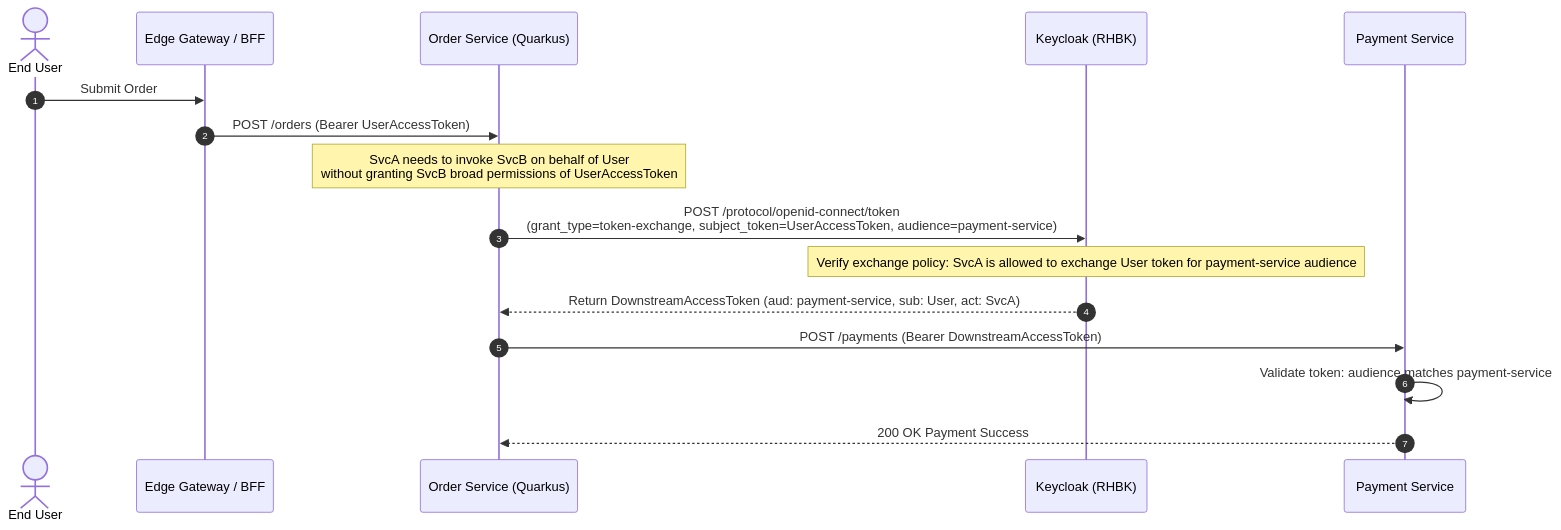
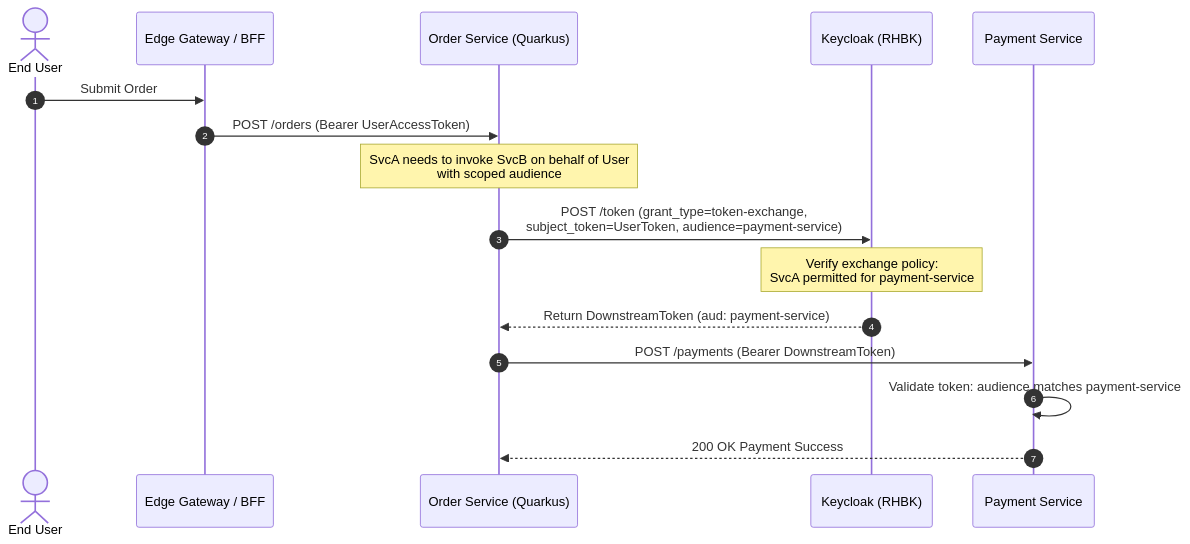
Before and after one commit to nubenetes/keycloak-openshift-2026: the third of 3 diagrams in docs/OAUTH2_OIDC_SECURITY_FLOWS.md, drawn with Mermaid. The commit also changed other lines of this file and 11 other files, not shown here.

Commit message:
fix(docs): optimize Mermaid architecture and sequence diagrams with text-wrapped node labels and improved layout

````diff
--- a/docs/OAUTH2_OIDC_SECURITY_FLOWS.md
+++ b/docs/OAUTH2_OIDC_SECURITY_FLOWS.md
@@ -64,19 +64,19 @@
 ```mermaid
 sequenceDiagram
     autonumber
     actor User as End User
     participant Edge as Edge Gateway / BFF
     participant SvcA as Order Service (Quarkus)
     participant KC as Keycloak (RHBK)
     participant SvcB as Payment Service
 
     User->>Edge: Submit Order
     Edge->>SvcA: POST /orders (Bearer UserAccessToken)
-    Note over SvcA: SvcA needs to invoke SvcB on behalf of User<br/>without granting SvcB broad permissions of UserAccessToken
-    SvcA->>KC: POST /protocol/openid-connect/token<br/>(grant_type=token-exchange, subject_token=UserAccessToken, audience=payment-service)
-    Note over KC: Verify exchange policy: SvcA is allowed to exchange User token for payment-service audience
-    KC-->>SvcA: Return DownstreamAccessToken (aud: payment-service, sub: User, act: SvcA)
-    SvcA->>SvcB: POST /payments (Bearer DownstreamAccessToken)
+    Note over SvcA: SvcA needs to invoke SvcB on behalf of User<br/>with scoped audience
+    SvcA->>KC: POST /token (grant_type=token-exchange,<br/>subject_token=UserToken, audience=payment-service)
+    Note over KC: Verify exchange policy:<br/>SvcA permitted for payment-service
+    KC-->>SvcA: Return DownstreamToken (aud: payment-service)
+    SvcA->>SvcB: POST /payments (Bearer DownstreamToken)
     SvcB->>SvcB: Validate token: audience matches payment-service
     SvcB-->>SvcA: 200 OK Payment Success
 ```
````
